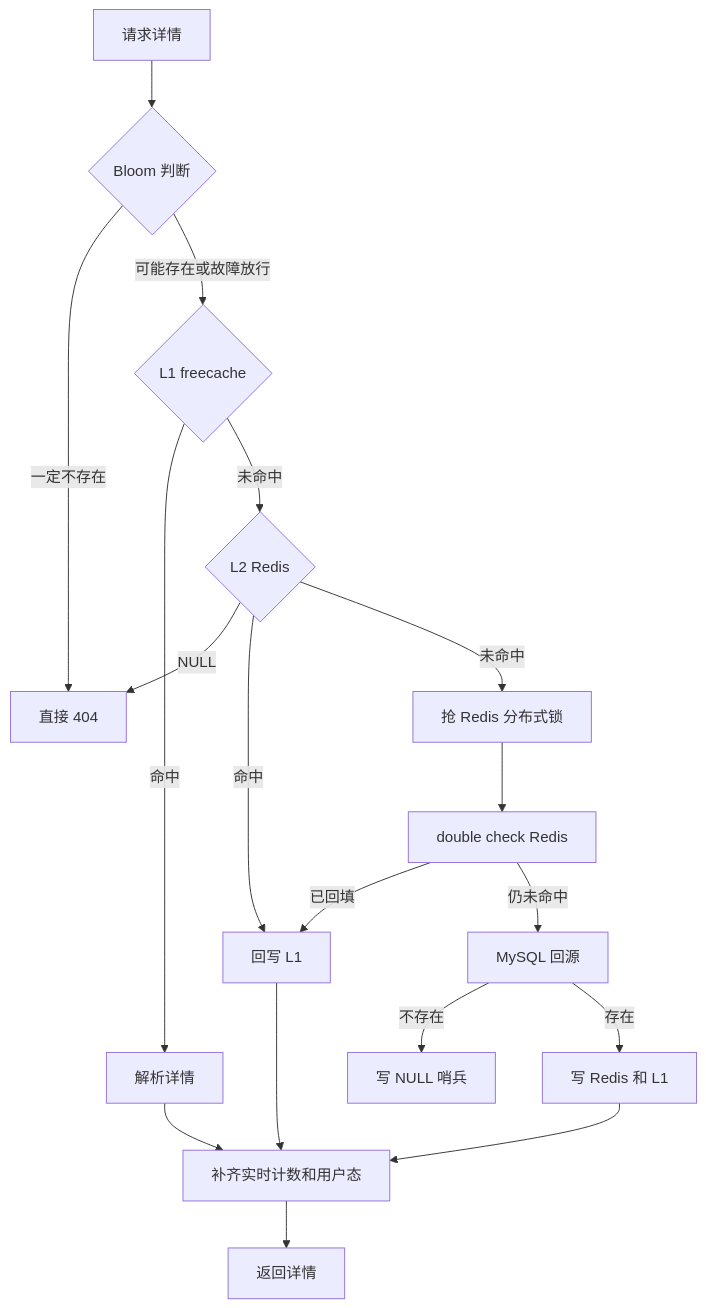
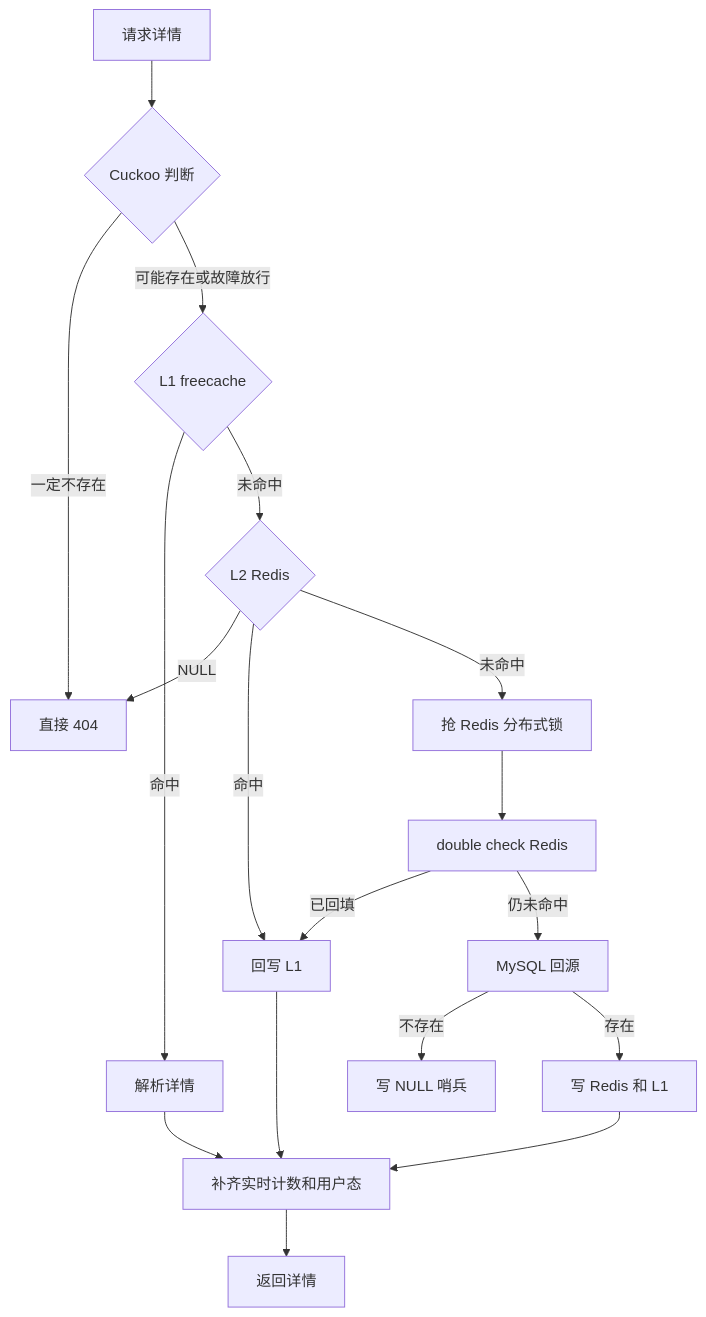
One commit to bitladykiller/zhiguang_go changed the fourth of 7 diagrams in README.md. Above: the diagram before and after it, drawn with Mermaid. The commit also changed other lines of this file and 10 other files, not shown here.

First line of the commit message:
feat(cache): replace classic Bloom with deletable Cuckoo filter

````diff
--- a/README.md
+++ b/README.md
@@ -468,20 +468,20 @@
 ```mermaid
 flowchart TD
-    A[请求详情] --> B{Bloom 判断}
+    A[请求详情] --> B{Cuckoo 判断}
     B -->|一定不存在| C[直接 404]
     B -->|可能存在或故障放行| D{L1 freecache}
     D -->|命中| E[解析详情]
     D -->|未命中| F{L2 Redis}
     F -->|NULL| C
     F -->|命中| G[回写 L1]
     F -->|未命中| H[抢 Redis 分布式锁]
     H --> I[double check Redis]
     I -->|已回填| G
     I -->|仍未命中| J[MySQL 回源]
     J -->|不存在| K[写 NULL 哨兵]
     J -->|存在| L[写 Redis 和 L1]
     E --> M[补齐实时计数和用户态]
     G --> M
     L --> M
     M --> N[返回详情]
 ```
````
